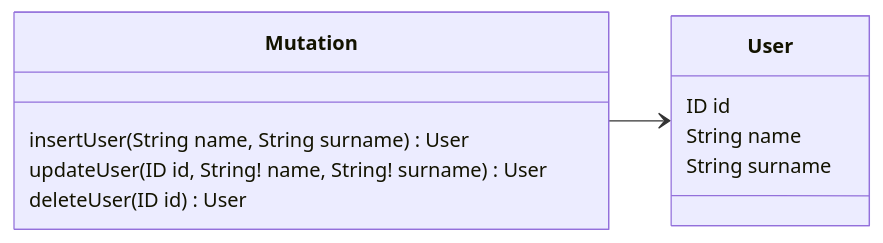
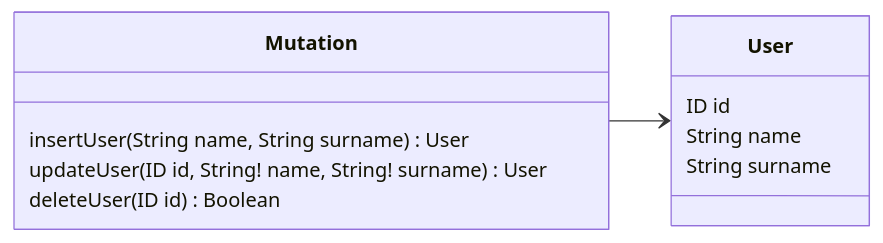
One commit to peque-ts/website changed the diagram in docs/graphql/mutations.md. Above: the diagram before and after it, drawn with Mermaid. The commit also changed other lines of this file and 8 other files, not shown here.

Commit message:
docs(graphql): fix typos (#12)

````diff
--- a/docs/graphql/mutations.md
+++ b/docs/graphql/mutations.md
@@ -20,18 +22,18 @@
 ```mermaid
 classDiagram
   direction LR
   
   class User {
     ID id
     String name
     String surname
   }
   
   class Mutation {
     insertUser(String name, String surname) User
     updateUser(ID id, String! name, String! surname) User
-    deleteUser(ID id) User
+    deleteUser(ID id) Boolean
   }
   
   Mutation --> User
 ```
````
